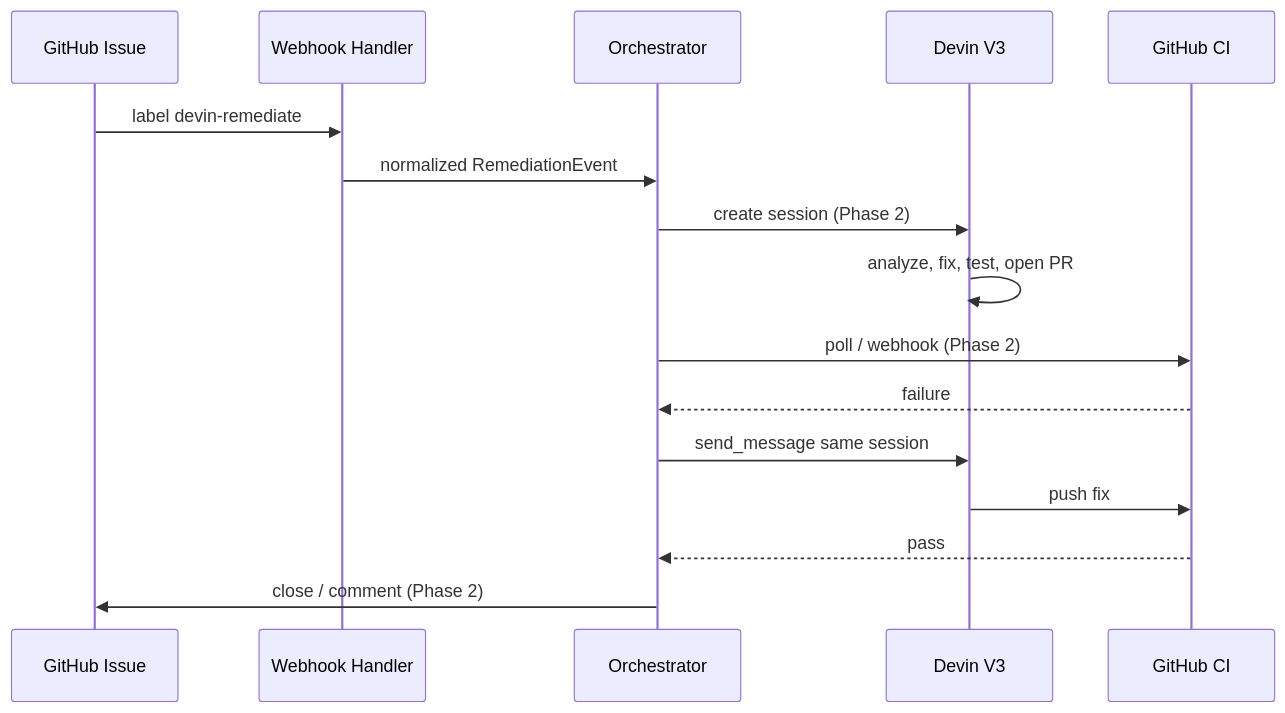
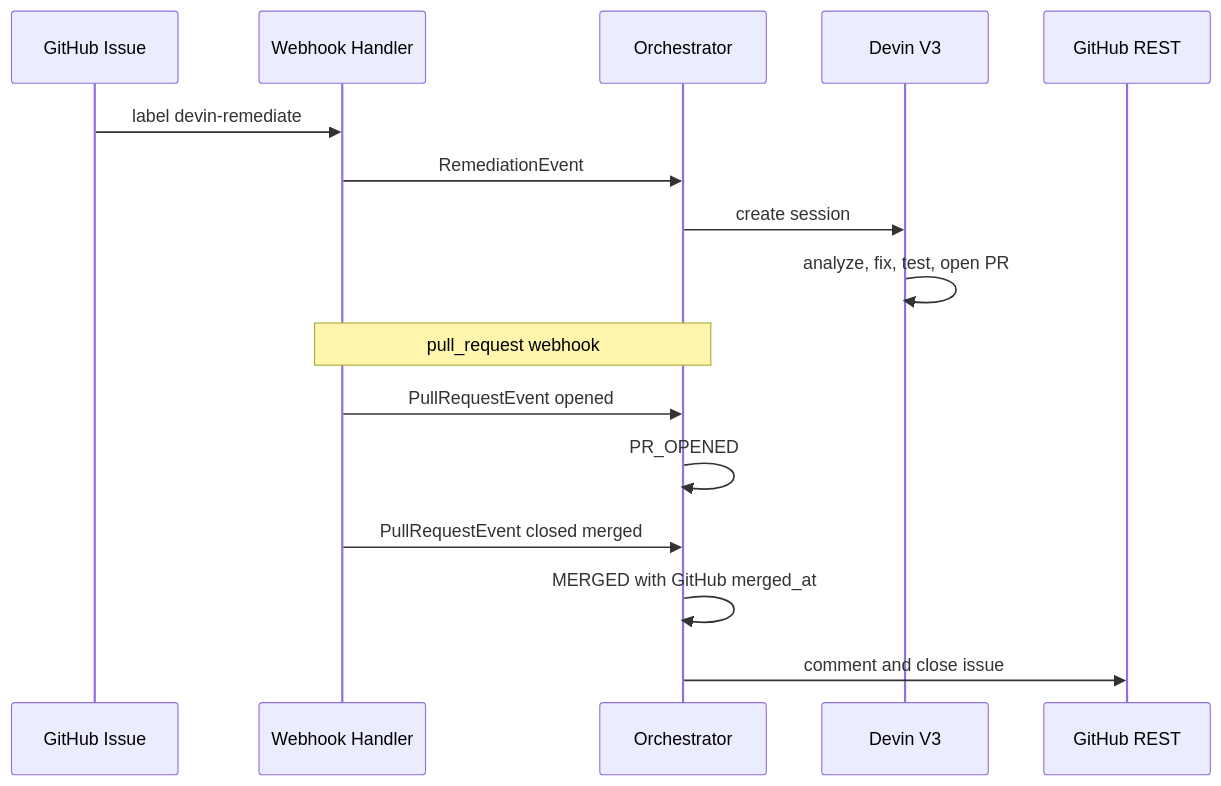
One commit to onefifteen-z/devin-remediation-orchestrator changed the third of 5 diagrams in docs/architecture.md. Above: the diagram before and after it, drawn with Mermaid. The commit also changed other lines of this file and 31 other files, not shown here.

First line of the commit message:
feat: implement GitHub event-driven remediation lifecycle

````diff
--- a/docs/architecture.md
+++ b/docs/architecture.md
@@ -47,19 +67,19 @@
 ```mermaid
 sequenceDiagram
   participant Issue as GitHub Issue
   participant WH as Webhook Handler
   participant ORCH as Orchestrator
   participant Devin as Devin V3
-  participant CI as GitHub CI
+  participant GH as GitHub REST
 
   Issue->>WH: label devin-remediate
-  WH->>ORCH: normalized RemediationEvent
-  ORCH->>Devin: create session (Phase 2)
+  WH->>ORCH: RemediationEvent
+  ORCH->>Devin: create session
   Devin->>Devin: analyze, fix, test, open PR
-  ORCH->>CI: poll / webhook (Phase 2)
-  CI-->>ORCH: failure
-  ORCH->>Devin: send_message same session
-  Devin->>CI: push fix
-  CI-->>ORCH: pass
-  ORCH->>Issue: close / comment (Phase 2)
+  Note over WH,ORCH: pull_request webhook
+  WH->>ORCH: PullRequestEvent opened
+  ORCH->>ORCH: PR_OPENED
+  WH->>ORCH: PullRequestEvent closed merged
+  ORCH->>ORCH: MERGED with GitHub merged_at
+  ORCH->>GH: comment and close issue
 ```
````
